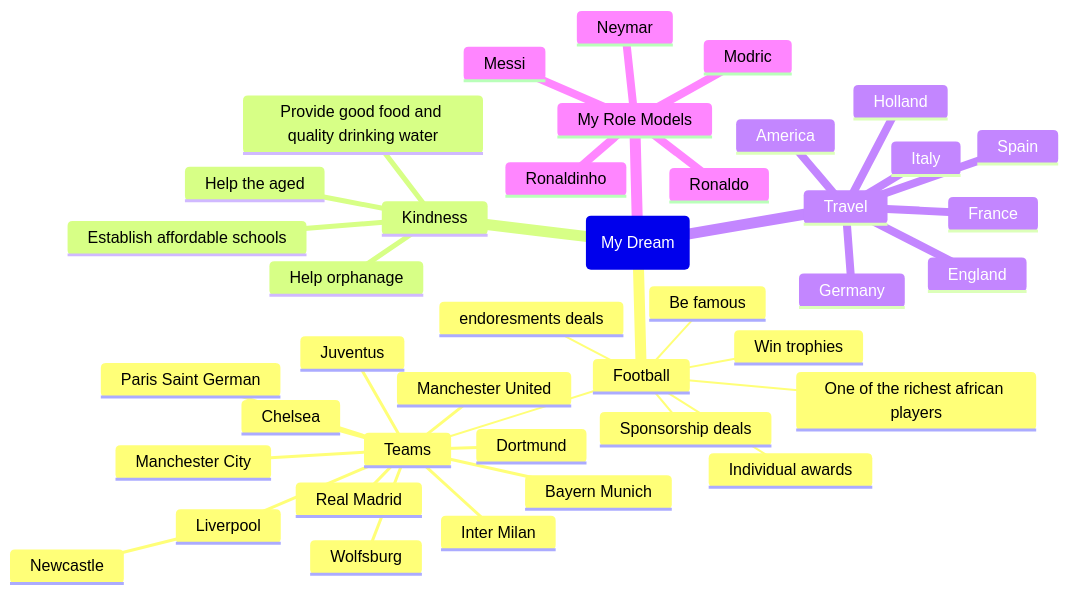
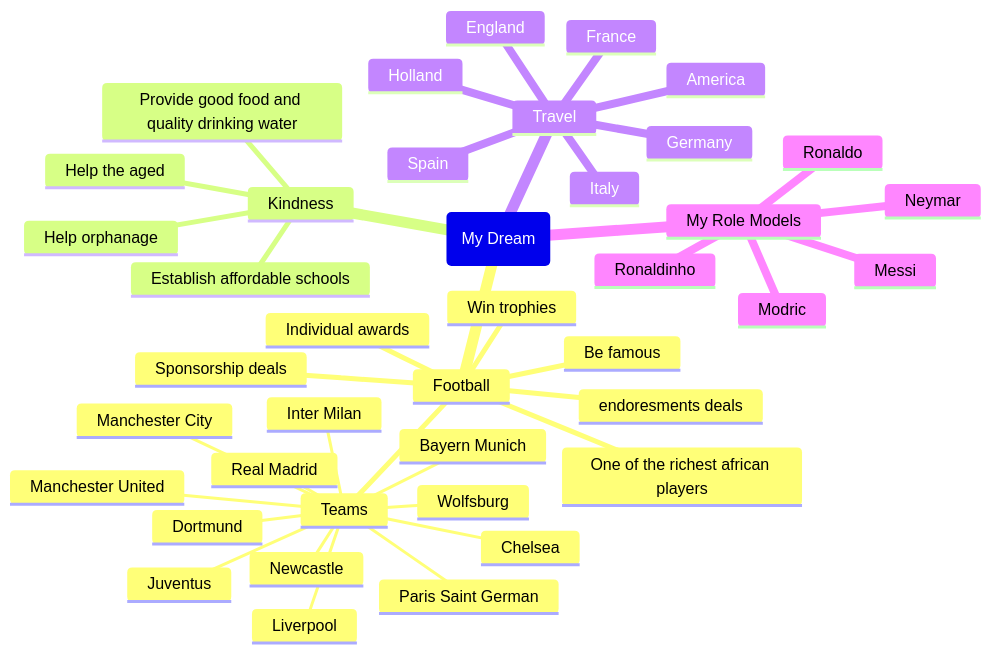
One commit to EMMANUELKUS/My-Dream changed the first of 2 diagrams in README.md. Above: the diagram before and after it, drawn with Mermaid.

Commit message:
Made some corrections
I didn’t know the the use of the spaces well so I careless did added many spaces and my uncle taught me to correct it and I did

````diff
--- a/README.md
+++ b/README.md
@@ -6,43 +6,43 @@
 ```mermaid
 mindmap
 root(My Dream)
-   Football
-     Teams
+  Football
+    Teams
       Manchester City
       Manchester United
       Real Madrid
       Liverpool
-       Newcastle
+      Newcastle
       Chelsea
       Juventus
       Inter Milan
       Bayern Munich
       Dortmund
       Wolfsburg
       Paris Saint German
-     Win trophies
-     Be famous
-     Sponsorship deals
-     One of the richest african players
-     Individual awards
-     endoresments deals
+    Win trophies
+    Be famous
+    Sponsorship deals
+    One of the richest african players
+    Individual awards
+    endoresments deals
   Kindness
     Help orphanage
     Help the aged
     Establish affordable schools
     Provide good food and quality drinking water
  Travel
    Holland
    Italy
    Spain
    Germany
    England
    France
    America
  My Role Models
    Neymar
    Ronaldo
    Messi
    Modric
    Ronaldinho
 ```
````
